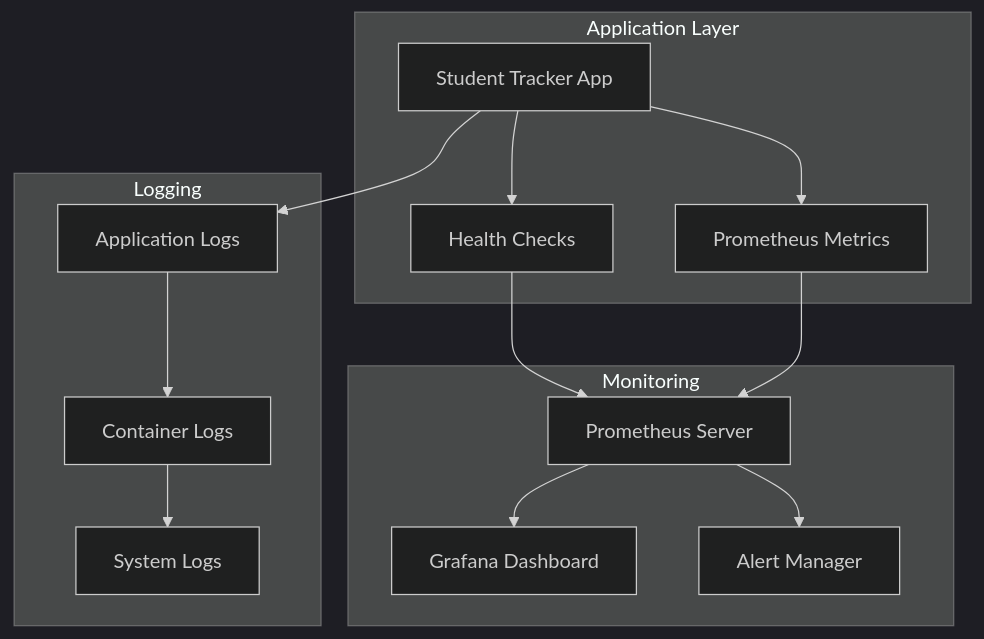
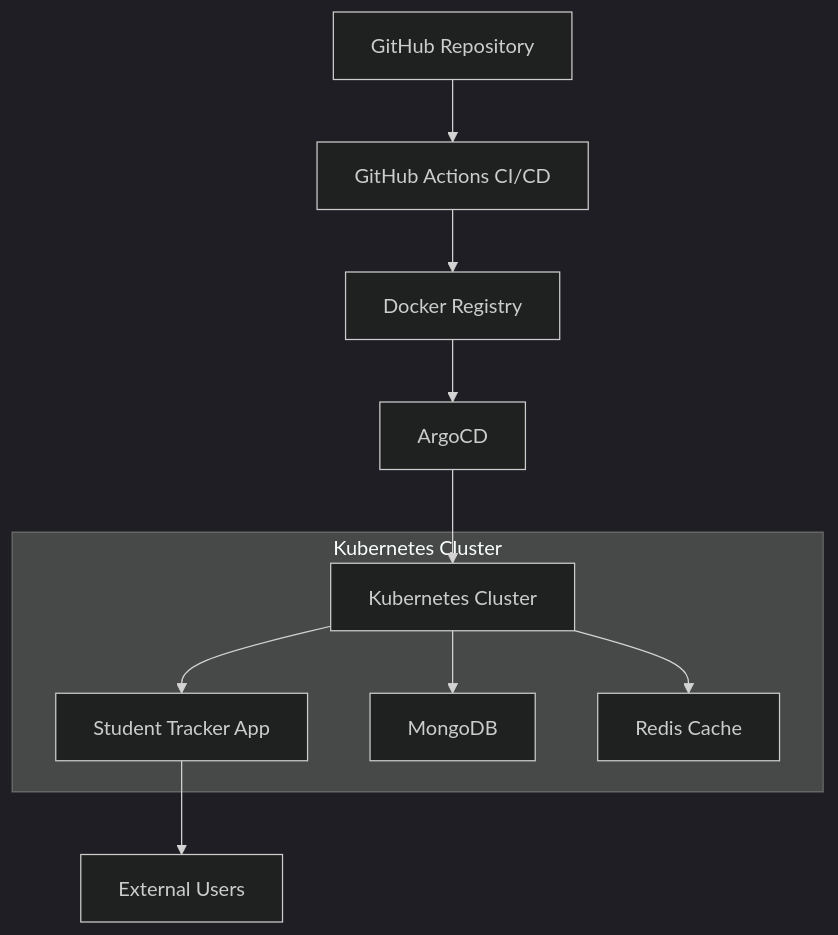
The diagram in README.md (bonaventuresimeon/NativeSeries), drawn with Mermaid (dark theme) before and after one commit. The commit also changed other lines of this file and 11 other files, not shown here.

````diff
--- a/README.md
+++ b/README.md
@@ -553,30 +66,18 @@
 ```mermaid
 graph TB
-    subgraph "Application Layer"
-        A[Student Tracker App]
-        B[Health Checks]
-        C[Prometheus Metrics]
+    A[GitHub Repository] --> B[GitHub Actions CI/CD]
+    B --> C[Docker Registry]
+    C --> D[ArgoCD]
+    D --> E[Kubernetes Cluster]
+    E --> F[Student Tracker App]
+    E --> G[MongoDB]
+    E --> H[Redis Cache]
+    F --> I[External Users]
+    
+    subgraph "Kubernetes Cluster"
+        E
+        F
+        G
+        H
     end
-    
-    subgraph "Monitoring"
-        D[Prometheus Server]
-        E[Grafana Dashboard]
-        F[Alert Manager]
-    end
-    
-    subgraph "Logging"
-        G[Application Logs]
-        H[Container Logs]
-        I[System Logs]
-    end
-    
-    A --> B
-    A --> C
-    B --> D
-    C --> D
-    D --> E
-    D --> F
-    A --> G
-    G --> H
-    H --> I
 ```
````
